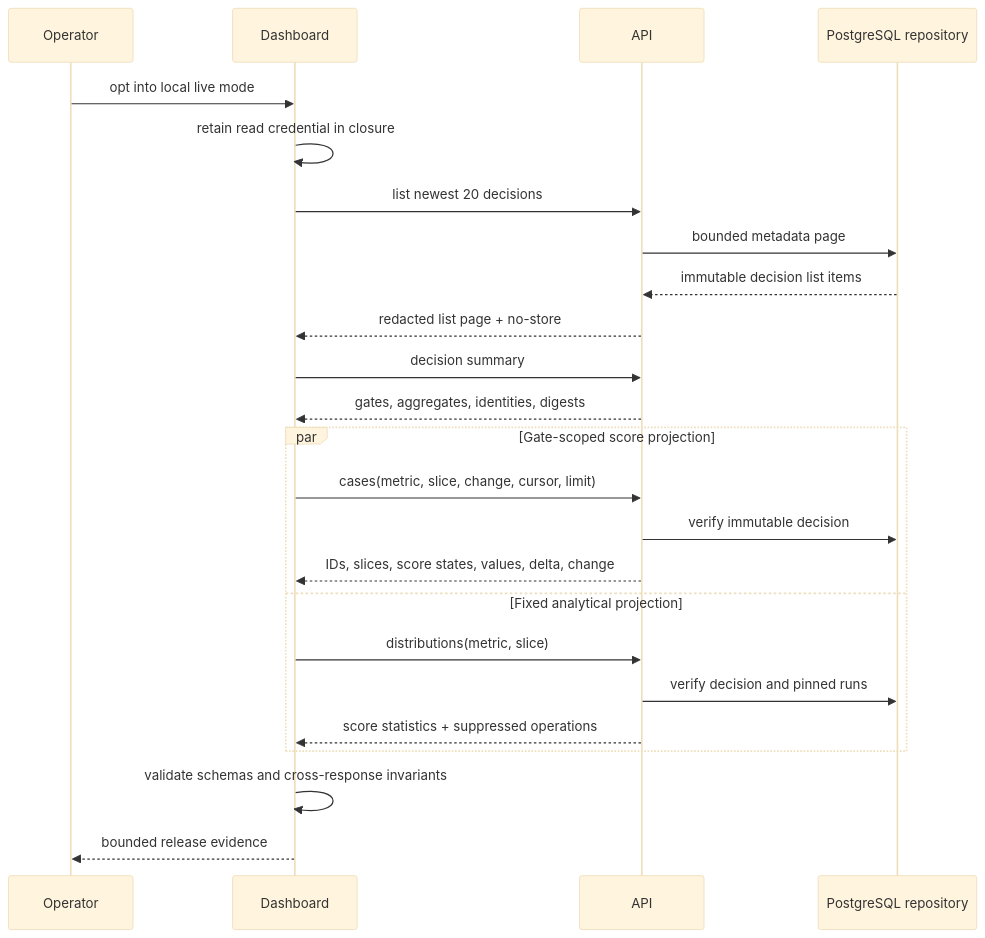
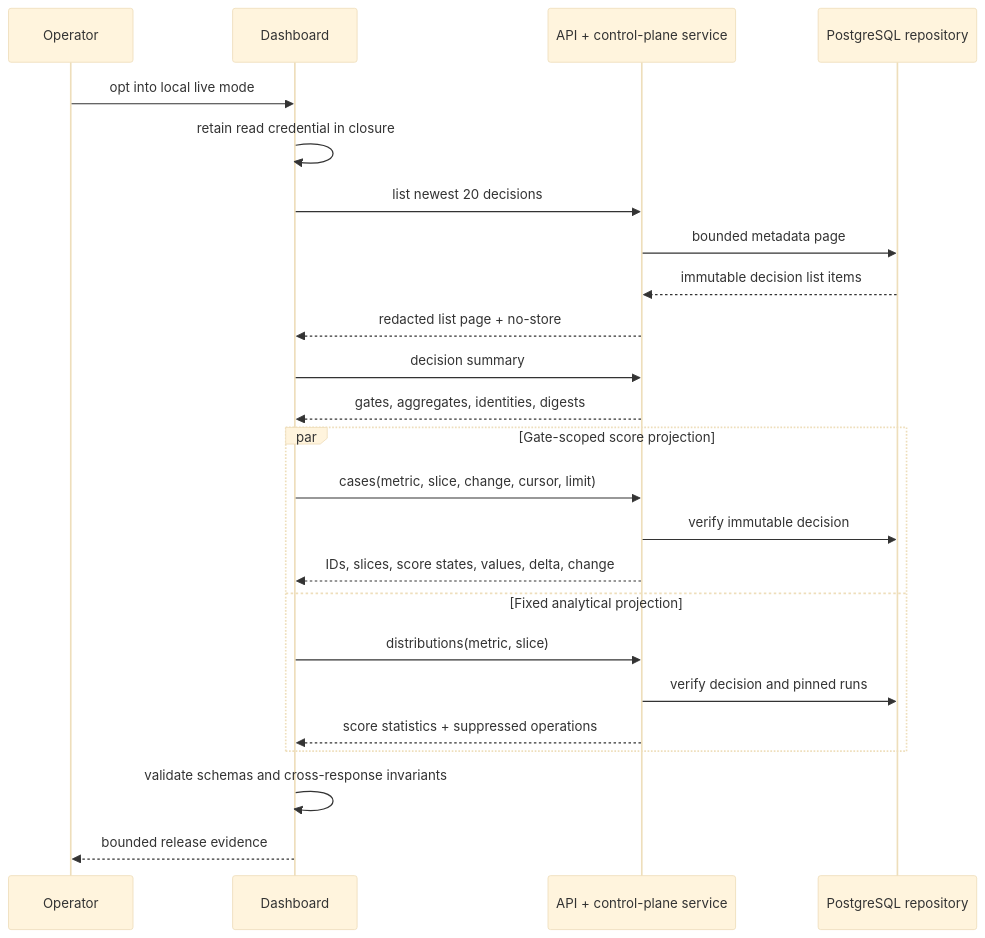
Before and after one commit to idevelopAI/llm-eval-control-plane: the sixth of 7 diagrams in docs/architecture.md, drawn with Mermaid (base theme). The commit also changed other lines of this file, not shown here.

Commit message:
docs: align architecture diagrams with execution and persistence boundaries

````diff
--- a/docs/architecture.md
+++ b/docs/architecture.md
@@ -398,27 +472,27 @@
 ```mermaid
 sequenceDiagram
     participant Operator
     participant Dashboard
-    participant API
+    participant API as API + control-plane service
     participant Store as PostgreSQL repository
 
     Operator->>Dashboard: opt into local live mode
     Dashboard->>Dashboard: retain read credential in closure
     Dashboard->>API: list newest 20 decisions
     API->>Store: bounded metadata page
     Store-->>API: immutable decision list items
     API-->>Dashboard: redacted list page + no-store
     Dashboard->>API: decision summary
     API-->>Dashboard: gates, aggregates, identities, digests
     par Gate-scoped score projection
         Dashboard->>API: cases(metric, slice, change, cursor, limit)
         API->>Store: verify immutable decision
         API-->>Dashboard: IDs, slices, score states, values, delta, change
     and Fixed analytical projection
         Dashboard->>API: distributions(metric, slice)
         API->>Store: verify decision and pinned runs
         API-->>Dashboard: score statistics + suppressed operations
     end
     Dashboard->>Dashboard: validate schemas and cross-response invariants
     Dashboard-->>Operator: bounded release evidence
 ```
````
